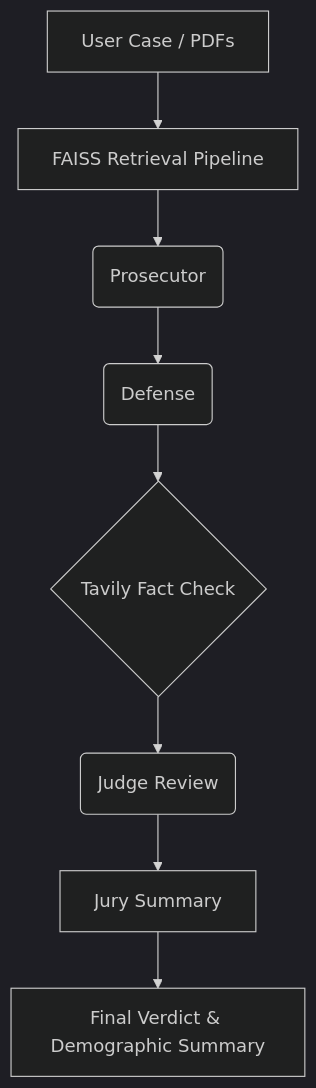
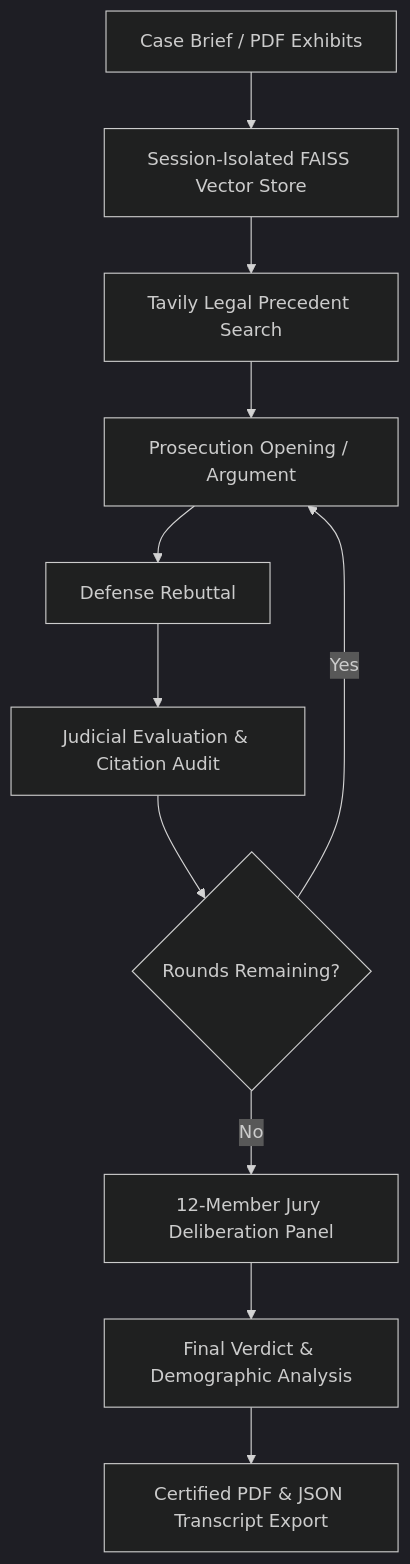
Before and after one commit to ABHImaybeJEET/CourtRoom_AI: the diagram in README.md, drawn with Mermaid (dark theme). The commit also changed other lines of this file and 1 other file, not shown here.

````diff
--- a/README.md
+++ b/README.md
@@ -45,10 +42,13 @@
 ```mermaid
 graph TD;
-    Input[User Case / PDFs] --> RAG[FAISS Retrieval Pipeline]
-    RAG --> Prosecution(Prosecutor)
-    Prosecution --> Defense(Defense)
-    Defense --> WebSearch{Tavily Fact Check}
-    WebSearch --> Judge(Judge Review)
-    Judge --> Jury[Jury Summary]
-    Jury --> Verdict[Final Verdict & Demographic Summary]
+    Input[Case Brief / PDF Exhibits] --> SessionRAG[Session-Isolated FAISS Vector Store]
+    SessionRAG --> ExtSearch[Tavily Legal Precedent Search]
+    ExtSearch --> Prosecution[Prosecution Opening / Argument]
+    Prosecution --> Defense[Defense Rebuttal]
+    Defense --> Judge[Judicial Evaluation & Citation Audit]
+    Judge --> RoundCheck{Rounds Remaining?}
+    RoundCheck -- Yes --> Prosecution
+    RoundCheck -- No --> Jury[12-Member Jury Deliberation Panel]
+    Jury --> Verdict[Final Verdict & Demographic Analysis]
+    Verdict --> Export[Certified PDF & JSON Transcript Export]
 ```
````
